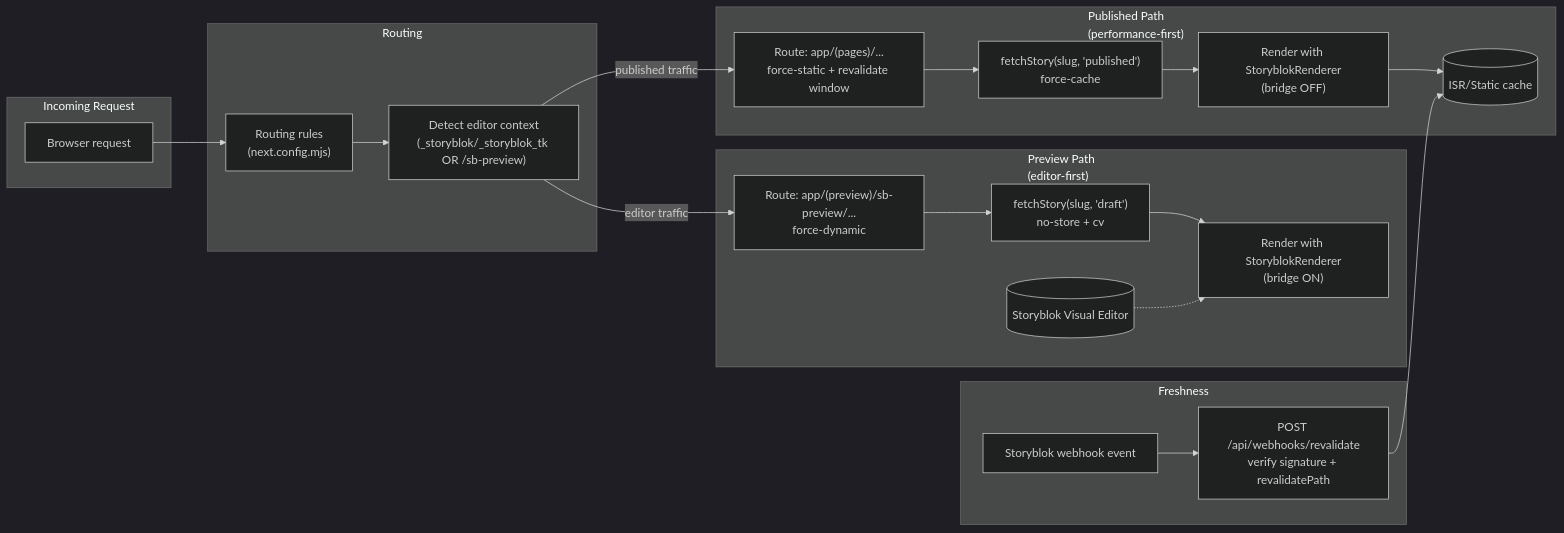
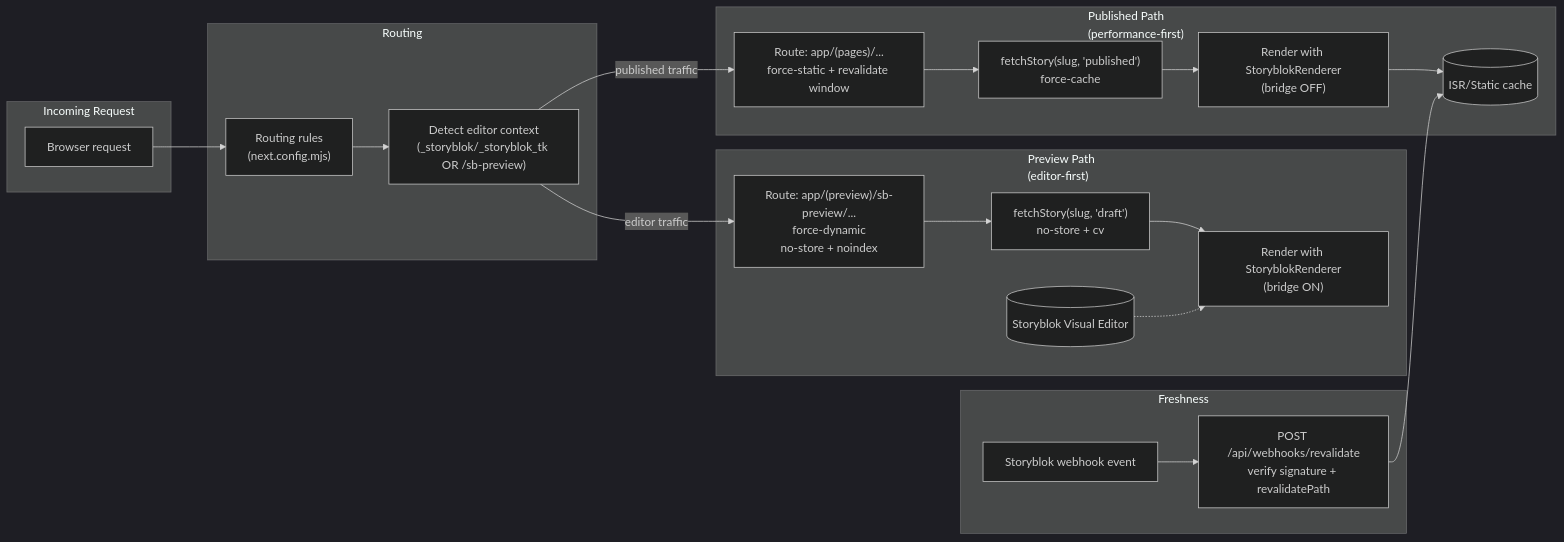
The diagram in docs/architecture/published-vs-preview.md (songam-su/storyblok-nextjs-mantine-demo), drawn with Mermaid (dark theme) before and after one commit. The commit also changed 106 other files, not shown here.

````diff
--- a/docs/architecture/published-vs-preview.md
+++ b/docs/architecture/published-vs-preview.md
@@ -3,48 +3,48 @@
 ```mermaid
 flowchart LR
 %% Focus: show the split between published (ISR/static) and preview (draft + bridge)
 
 subgraph IN[Incoming Request]
 RQ[Browser request]
 end
 
 subgraph ROUTING[Routing]
 PROXY["Routing rules<br/>(next.config.mjs)"]
 DETECT["Detect editor context<br/>(_storyblok/_storyblok_tk OR /sb-preview)"]
 end
 
 subgraph PUB["Published Path<br/>(performance-first)"]
 PUB_ROUTE["Route: app/(pages)/...<br/>force-static + revalidate window"]
 PUB_FETCH["fetchStory(slug, 'published')<br/>force-cache"]
 PUB_RENDER["Render with StoryblokRenderer<br/>(bridge OFF)"]
 ISR[(ISR/Static cache)]
 end
 
 subgraph PREV["Preview Path<br/>(editor-first)"]
-PREV_ROUTE["Route: app/(preview)/sb-preview/...<br/>force-dynamic"]
+PREV_ROUTE["Route: app/(preview)/sb-preview/...<br/>force-dynamic<br/>no-store + noindex"]
 PREV_FETCH["fetchStory(slug, 'draft')<br/>no-store + cv"]
 PREV_RENDER["Render with StoryblokRenderer<br/>(bridge ON)"]
 VE[(Storyblok Visual Editor)]
 end
 
 subgraph HOOKS[Freshness]
 WH["Storyblok webhook event"]
 REVALIDATE["POST /api/webhooks/revalidate<br/>verify signature + revalidatePath"]
 end
 
 RQ --> PROXY --> DETECT
 
 DETECT -->|published traffic| PUB_ROUTE
 DETECT -->|editor traffic| PREV_ROUTE
 
 %% Published
 PUB_ROUTE --> PUB_FETCH --> PUB_RENDER --> ISR
 
 %% Preview
 PREV_ROUTE --> PREV_FETCH --> PREV_RENDER
 VE -.-> PREV_RENDER
 
 %% Webhook
 WH --> REVALIDATE --> ISR
 
 ```
````
